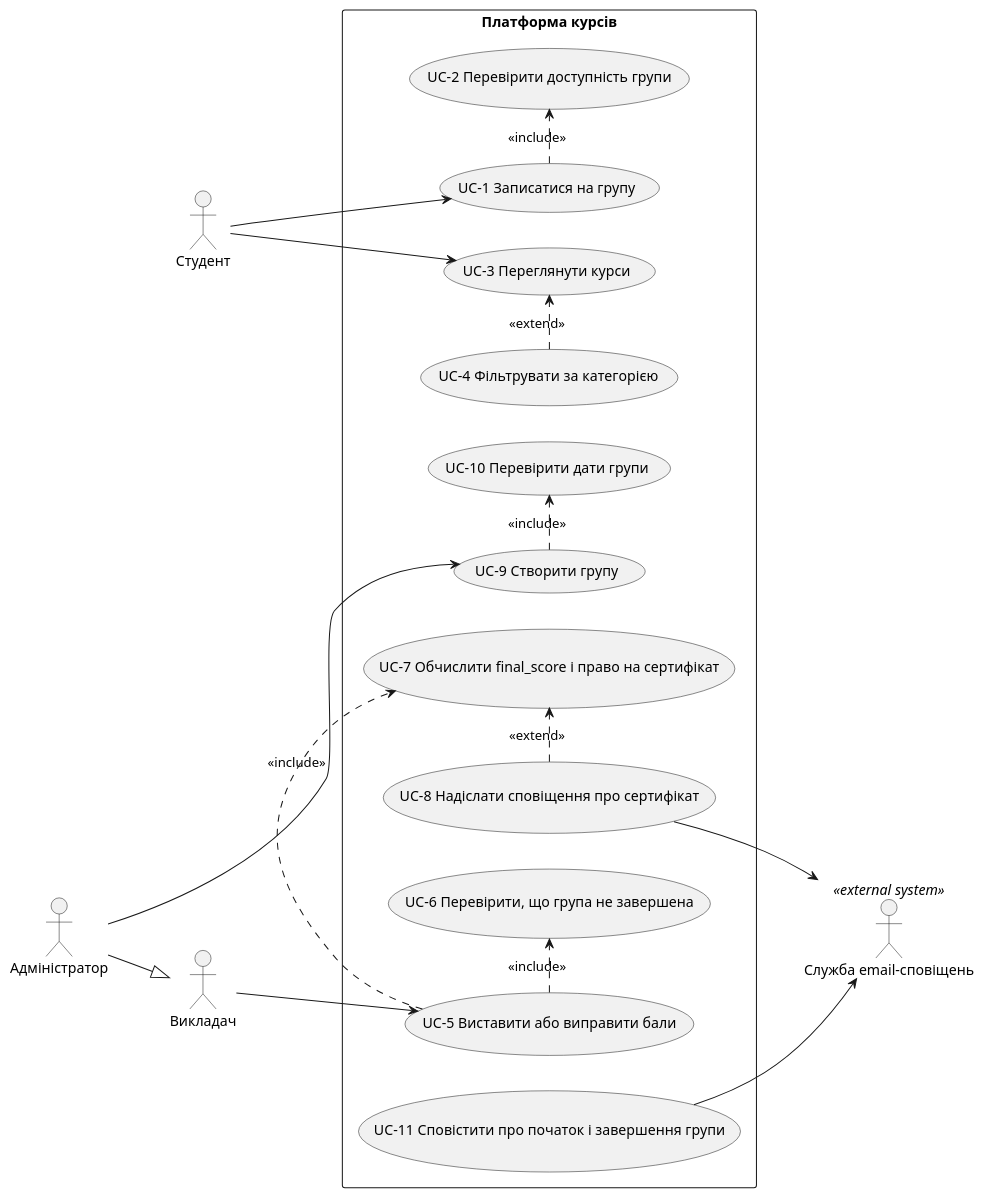
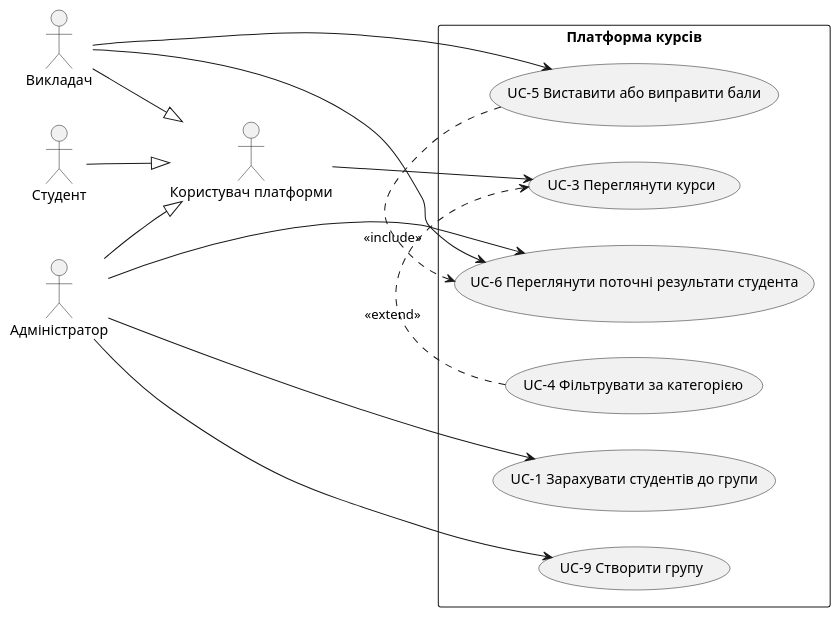
One commit to ka1tya/KPI changed the diagram in lab2/diagrame/use-case-diagrame.puml. Above: the diagram before and after it, drawn with PlantUML. The commit also changed 5 other files, not shown here.

```diff
--- a/lab2/diagrame/use-case-diagrame.puml
+++ b/lab2/diagrame/use-case-diagrame.puml
@@ -1,40 +1,32 @@
 @startuml
 left to right direction
 skinparam packageStyle rectangle
 
+actor "Користувач платформи" as User
 actor "Студент" as Student
 actor "Викладач" as Teacher
 actor "Адміністратор" as Admin
-actor "Служба email-сповіщень" as Mail <<external system>>
 
-Admin --|> Teacher
+Student --|> User
+Teacher --|> User
+Admin --|> User
 
 rectangle "Платформа курсів" {
-  usecase "UC-1 Записатися на групу" as UC1
-  usecase "UC-2 Перевірити доступність групи" as UC2
+  usecase "UC-1 Зарахувати студентів до групи" as UC1
   usecase "UC-3 Переглянути курси" as UC3
   usecase "UC-4 Фільтрувати за категорією" as UC4
   usecase "UC-5 Виставити або виправити бали" as UC5
-  usecase "UC-6 Перевірити, що група не завершена" as UC6
-  usecase "UC-7 Обчислити final_score і право на сертифікат" as UC7
-  usecase "UC-8 Надіслати сповіщення про сертифікат" as UC8
+  usecase "UC-6 Переглянути поточні результати студента" as UC6
   usecase "UC-9 Створити групу" as UC9
-  usecase "UC-10 Перевірити дати групи" as UC10
-  usecase "UC-11 Сповістити про початок і завершення групи" as UC11
 }
 
-Student --> UC1
-Student --> UC3
+Admin --> UC1
+User --> UC3
 Teacher --> UC5
+Teacher --> UC6
+Admin --> UC6
 Admin --> UC9
 
-UC1 .> UC2 : <<include>>
 UC4 .> UC3 : <<extend>>
 UC5 .> UC6 : <<include>>
-UC5 .> UC7 : <<include>>
-UC8 .> UC7 : <<extend>>
-UC9 .> UC10 : <<include>>
-
-UC8 --> Mail
-UC11 --> Mail
 @enduml
```
